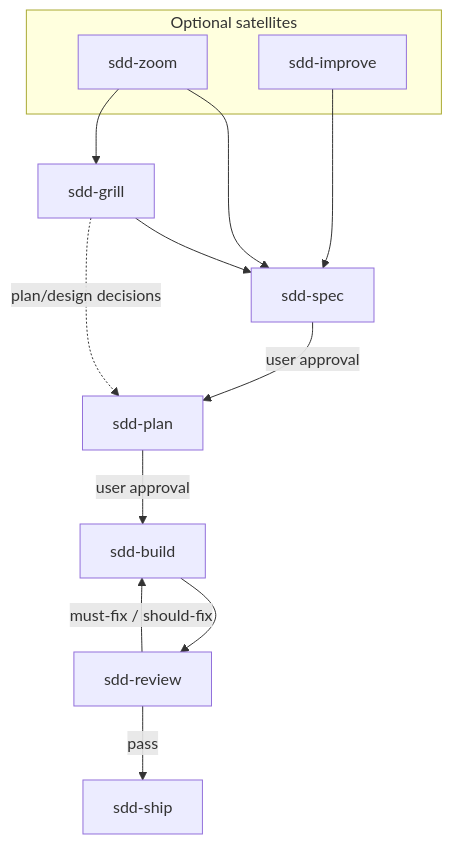
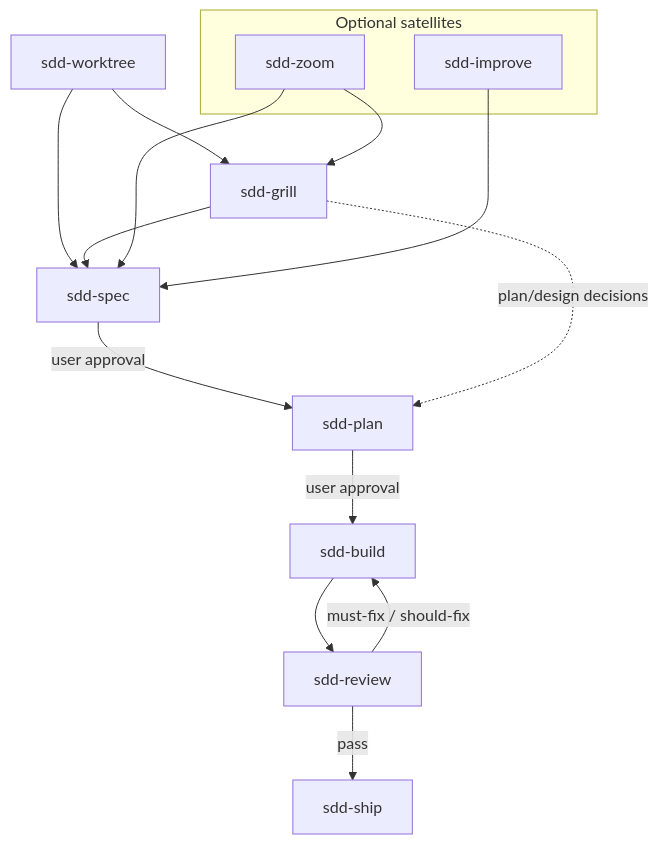
The diagram in README.md (zhijunio/sdd-skills), drawn with Mermaid before and after one commit. The commit also changed other lines of this file and 11 other files, not shown here.

First line of the commit message:
feat: 新增 experimental 卫星技能 sdd-worktree

````diff
--- a/README.md
+++ b/README.md
@@ -34,20 +34,23 @@
 ```mermaid
 flowchart TD
+  W[sdd-worktree]
   G[sdd-grill]
   subgraph satellites["Optional satellites"]
     Z[sdd-zoom]
     I[sdd-improve]
   end
 
   S[sdd-spec] -->|user approval| P[sdd-plan]
   P -->|user approval| B[sdd-build]
   B --> R[sdd-review]
   R -->|must-fix / should-fix| B
   R -->|pass| SH[sdd-ship]
 
+  W --> S
+  W --> G
   G --> S
   G -.->|plan/design decisions| P
   Z --> S
   Z --> G
   I --> S
 ```
````
